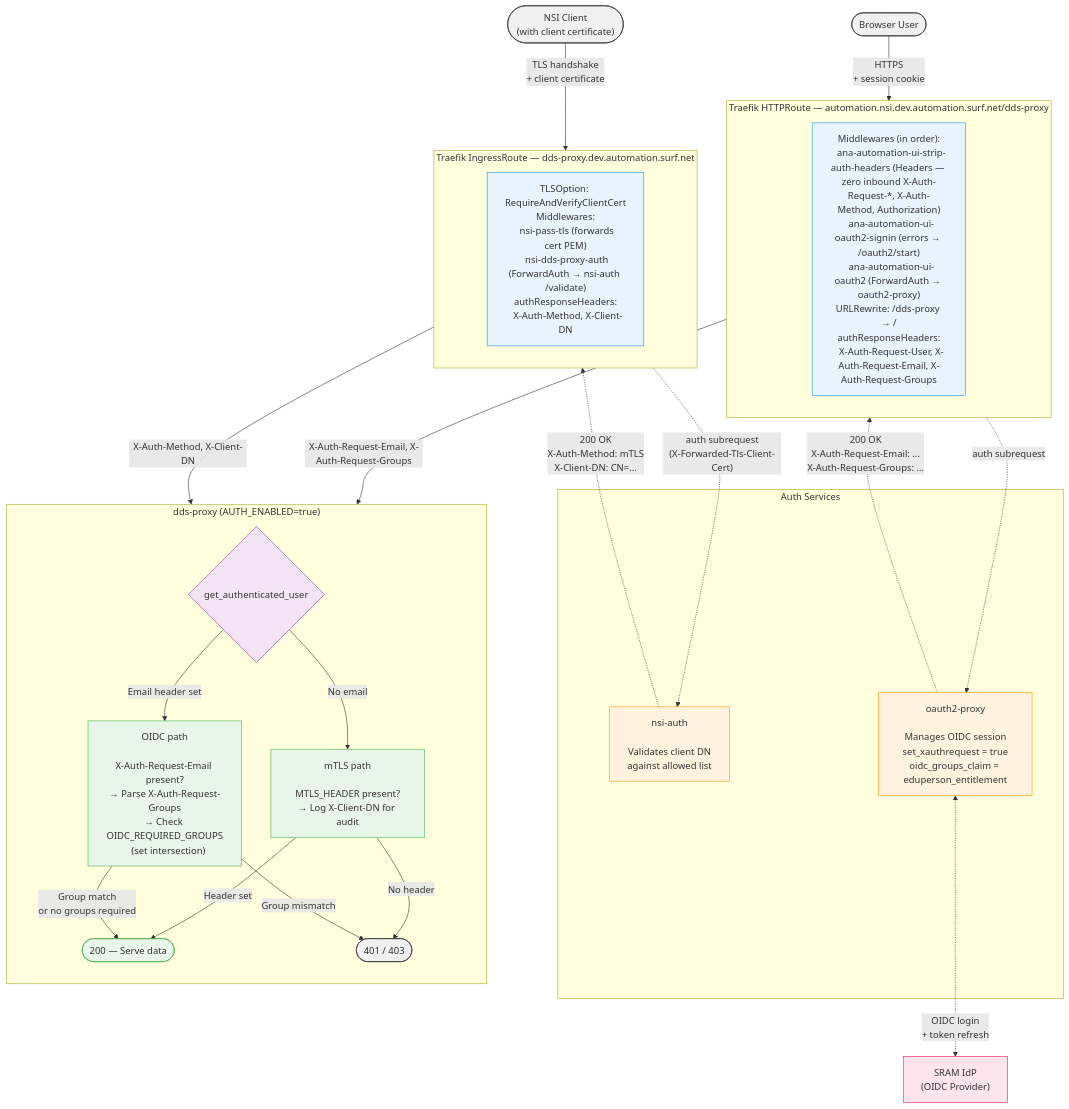
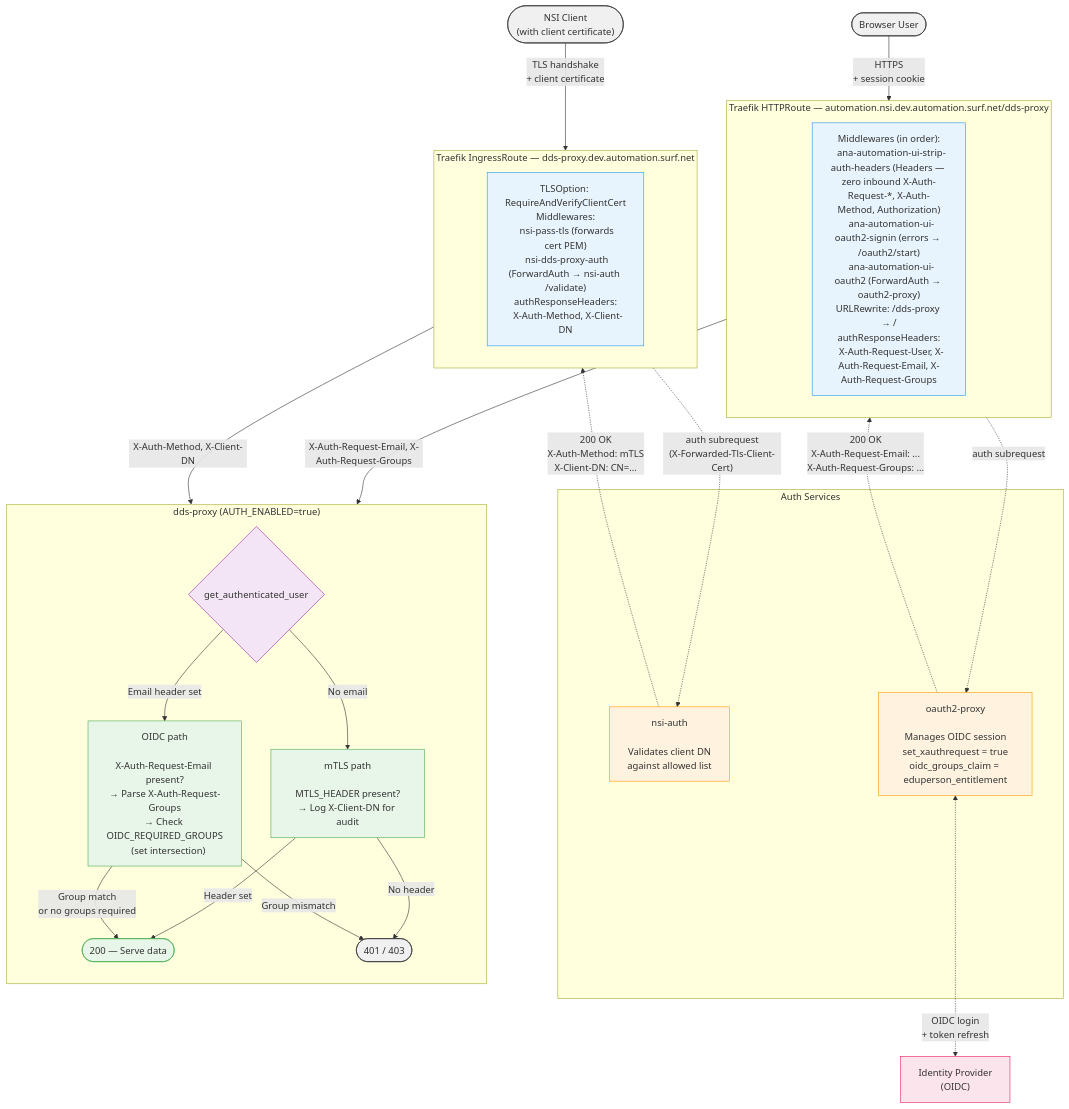
One commit to workfloworchestrator/nsi-dds-proxy changed the diagram in README.md. Above: the diagram before and after it, drawn with Mermaid.

Commit message:
Make the auth diagram's identity provider generic
- Rename the `SRAM` node to `IdP` ("Identity Provider (OIDC)") and update the edge referencing it

````diff
--- a/README.md
+++ b/README.md
@@ -96,57 +96,57 @@
 ```mermaid
 flowchart TB
     classDef client fill:#f0f0f0,stroke:#333
     classDef ingress fill:#e8f4fd,stroke:#2196F3
     classDef authsvc fill:#fff3e0,stroke:#FF9800
     classDef appsvc fill:#e8f5e9,stroke:#4CAF50
     classDef external fill:#fce4ec,stroke:#E91E63
     classDef decision fill:#f3e5f5,stroke:#9C27B0
 
     NSI(["NSI Client\n(with client certificate)"]):::client
     Browser(["Browser User"]):::client
-    SRAM["SRAM IdP\n(OIDC Provider)"]:::external
+    IdP["Identity Provider\n(OIDC)"]:::external
 
     subgraph mTLS_Route["Traefik IngressRoute — dds-proxy.dev.automation.surf.net"]
         direction TB
         mTraefik["TLSOption: RequireAndVerifyClientCert\nMiddlewares:\n  nsi-pass-tls (forwards cert PEM)\n  nsi-dds-proxy-auth (ForwardAuth → nsi-auth /validate)\nauthResponseHeaders:\n  X-Auth-Method, X-Client-DN"]:::ingress
     end
 
     subgraph Portal_Route["Traefik HTTPRoute — automation.nsi.dev.automation.surf.net/dds-proxy"]
         direction TB
         oTraefik["Middlewares (in order):\n  ana-automation-ui-strip-auth-headers (Headers — zero inbound X-Auth-Request-*, X-Auth-Method, Authorization)\n  ana-automation-ui-oauth2-signin (errors → /oauth2/start)\n  ana-automation-ui-oauth2 (ForwardAuth → oauth2-proxy)\nURLRewrite: /dds-proxy → /\nauthResponseHeaders:\n  X-Auth-Request-User, X-Auth-Request-Email, X-Auth-Request-Groups"]:::ingress
     end
 
     subgraph Auth_Services["Auth Services"]
         nsiAuth["nsi-auth\n\nValidates client DN\nagainst allowed list"]:::authsvc
         OAuth2["oauth2-proxy\n\nManages OIDC session\nset_xauthrequest = true\noidc_groups_claim = eduperson_entitlement"]:::authsvc
     end
 
     NSI -->|"TLS handshake\n+ client certificate"| mTraefik
     Browser -->|"HTTPS\n+ session cookie"| oTraefik
 
     mTraefik -.->|"auth subrequest\n(X-Forwarded-Tls-Client-Cert)"| nsiAuth
     nsiAuth -.->|"200 OK\nX-Auth-Method: mTLS\nX-Client-DN: CN=..."| mTraefik
 
     oTraefik -.->|"auth subrequest"| OAuth2
     OAuth2 -.->|"200 OK\nX-Auth-Request-Email: ...\nX-Auth-Request-Groups: ..."| oTraefik
-    OAuth2 <-.->|"OIDC login\n+ token refresh"| SRAM
+    OAuth2 <-.->|"OIDC login\n+ token refresh"| IdP
 
     subgraph DDS_Proxy["dds-proxy (AUTH_ENABLED=true)"]
         direction TB
         AuthCheck{"get_authenticated_user"}:::decision
         OIDC_Check["OIDC path\n\nX-Auth-Request-Email present?\n→ Parse X-Auth-Request-Groups\n→ Check OIDC_REQUIRED_GROUPS\n   (set intersection)"]:::appsvc
         mTLS_Check["mTLS path\n\nMTLS_HEADER present?\n→ Log X-Client-DN for audit"]:::appsvc
         OK(["200 — Serve data"]):::appsvc
         Reject(["401 / 403"]):::client
 
         AuthCheck -->|"Email header set"| OIDC_Check
         AuthCheck -->|"No email"| mTLS_Check
         OIDC_Check -->|"Group match\nor no groups required"| OK
         OIDC_Check -->|"Group mismatch"| Reject
         mTLS_Check -->|"Header set"| OK
         mTLS_Check -->|"No header"| Reject
     end
 
     mTraefik -->|"X-Auth-Method, X-Client-DN"| AuthCheck
     oTraefik -->|"X-Auth-Request-Email, X-Auth-Request-Groups"| AuthCheck
 ```
````
